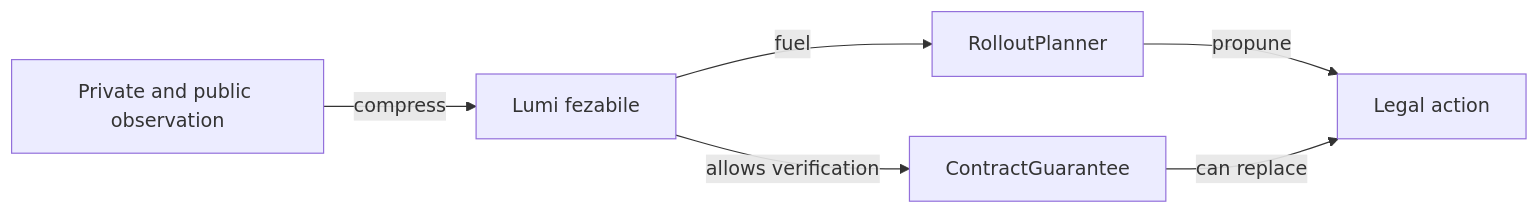
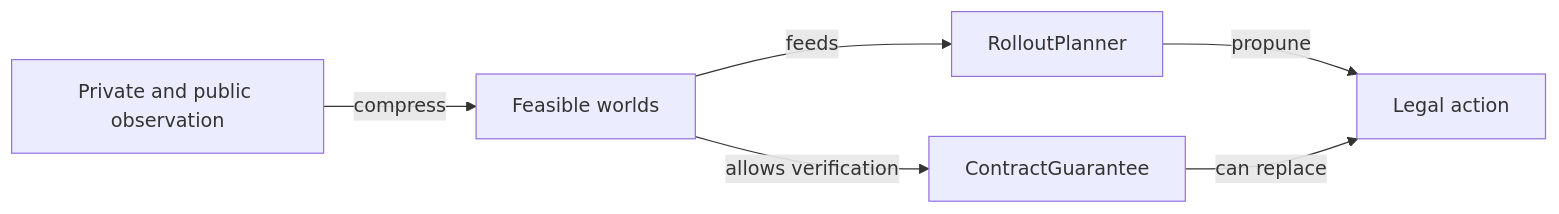
The diagram in whist-lab-app/ai-lab/README.md (crististefanita/atf_j4), drawn with Mermaid before and after one commit. The commit also changed other lines of this file and 84 other files, not shown here.

````diff
--- a/whist-lab-app/ai-lab/README.md
+++ b/whist-lab-app/ai-lab/README.md
@@ -31,8 +31,8 @@
 ```mermaid
 flowchart LR
-OBS[Private and public observation] -->|compress| WORLDS[Lumi fezabile]
-WORLDS -->|fuel| PLAN[RolloutPlanner]
+OBS[Private and public observation] -->|compress| WORLDS[Feasible worlds]
+WORLDS -->|feeds| PLAN[RolloutPlanner]
 PLAN -->|propune| MOVE[Legal action]
 WORLDS -->|allows verification| CERT[ContractGuarantee]
 CERT -->|can replace| MOVE
 ```
````
